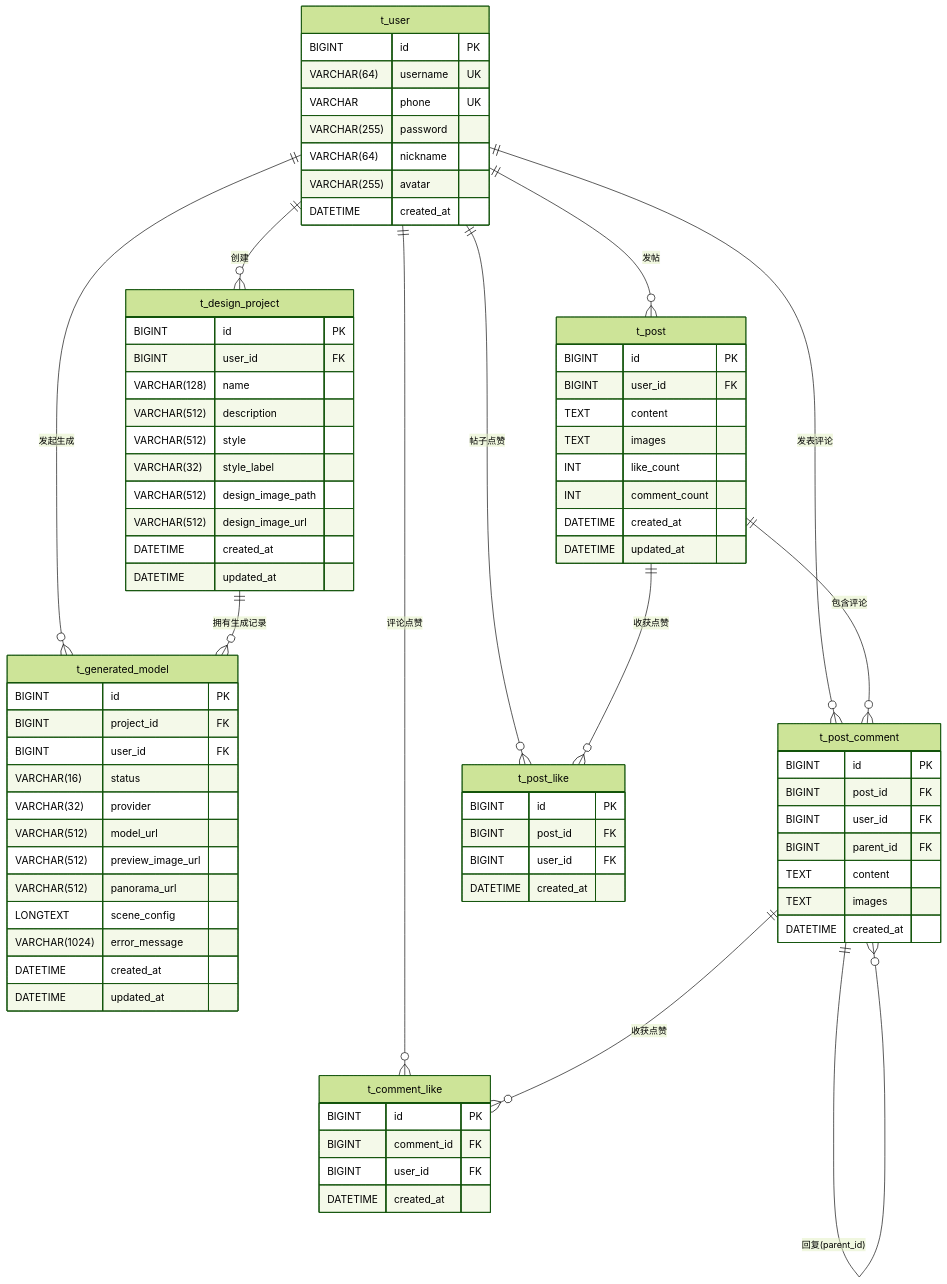
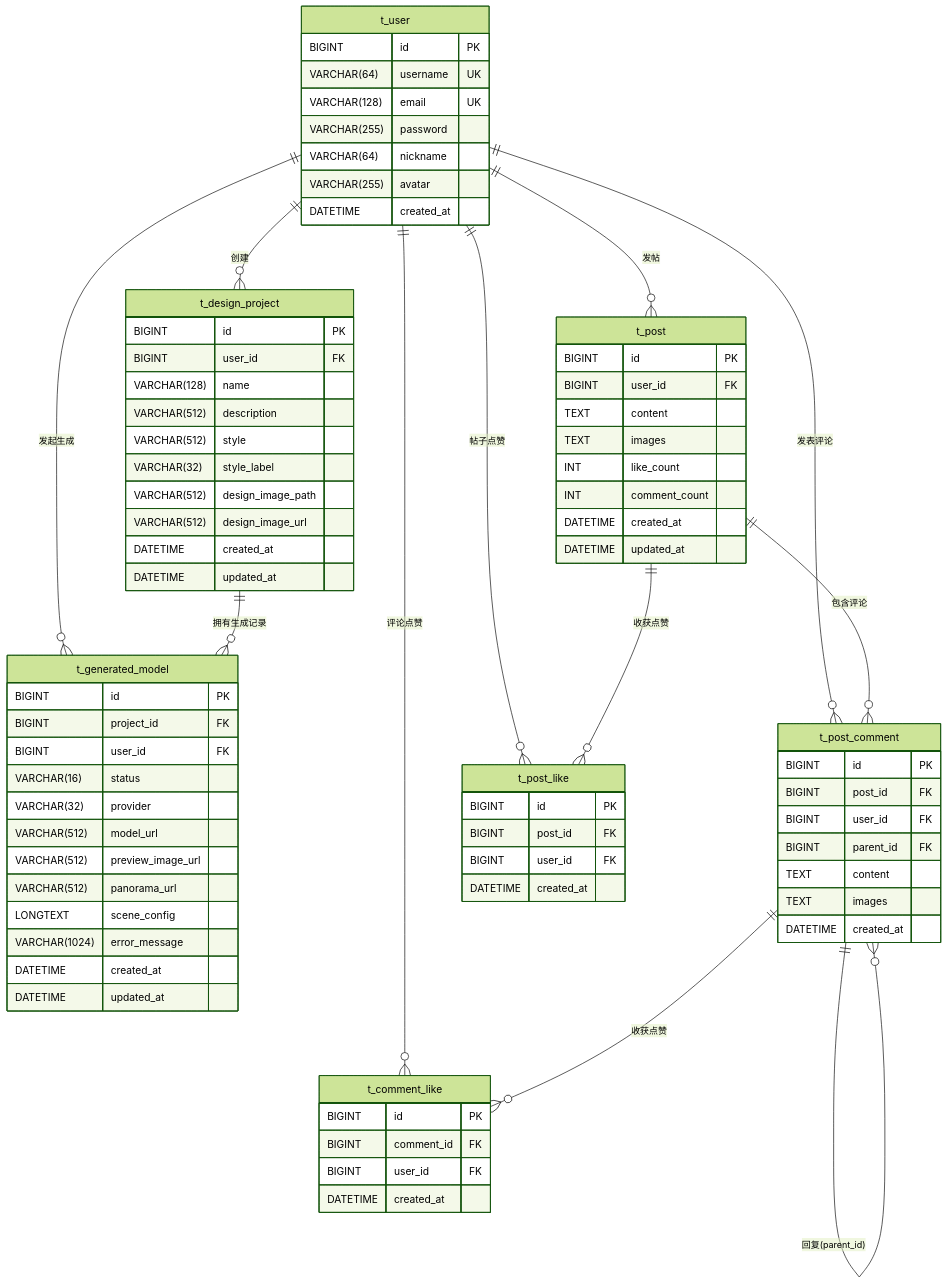
One commit to 6myname6/house-design changed the diagram in docs/数据库设计.md. Above: the diagram before and after it, drawn with Mermaid (forest theme). The commit also changed other lines of this file and 14 other files, not shown here.

```diff
--- a/docs/数据库设计.md
+++ b/docs/数据库设计.md
@@ -222,7 +229,7 @@
     t_user {
         BIGINT id PK
         VARCHAR(64) username UK
-        VARCHAR phone UK
+        VARCHAR(128) email UK
         VARCHAR(255) password
         VARCHAR(64) nickname
         VARCHAR(255) avatar
```
